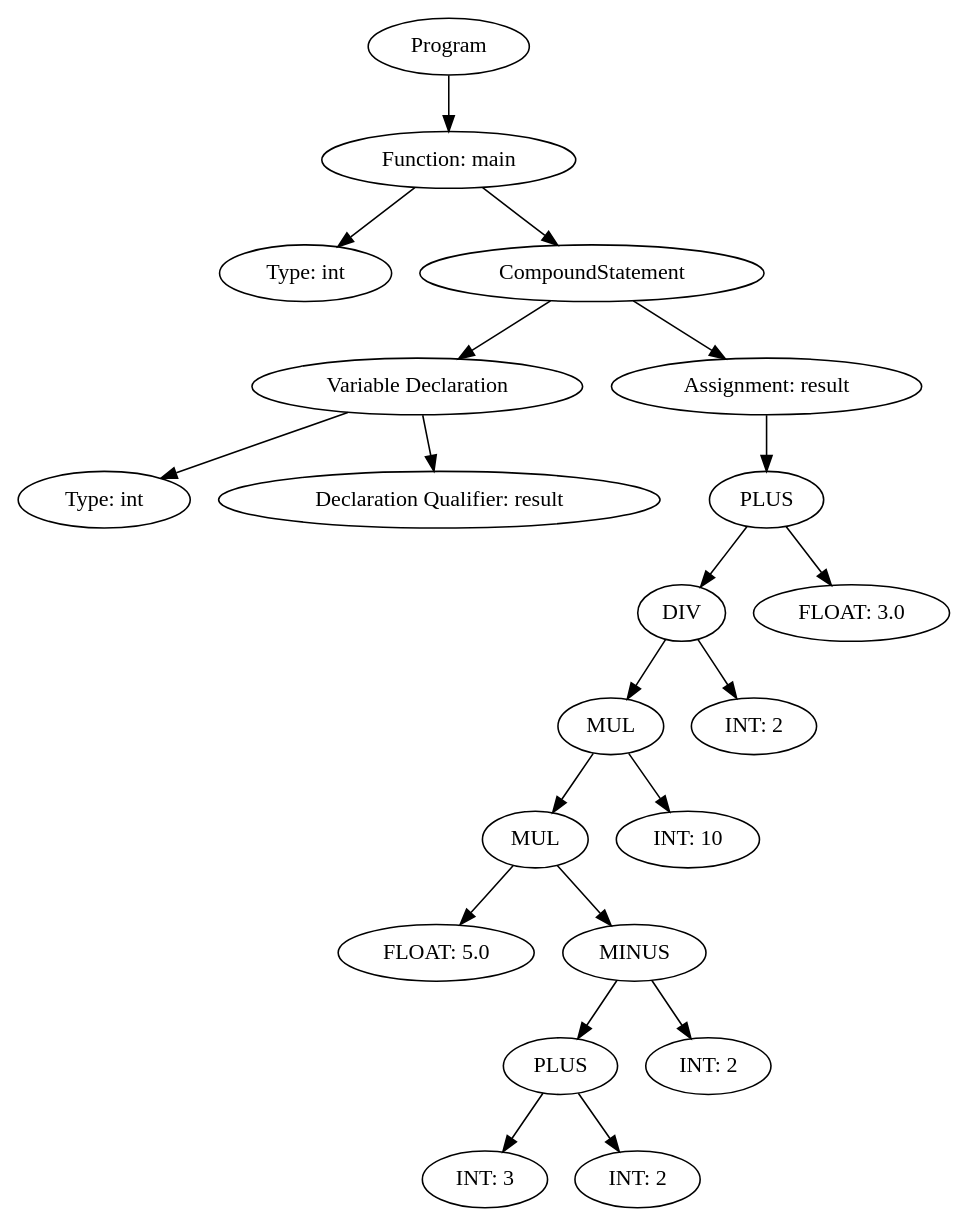
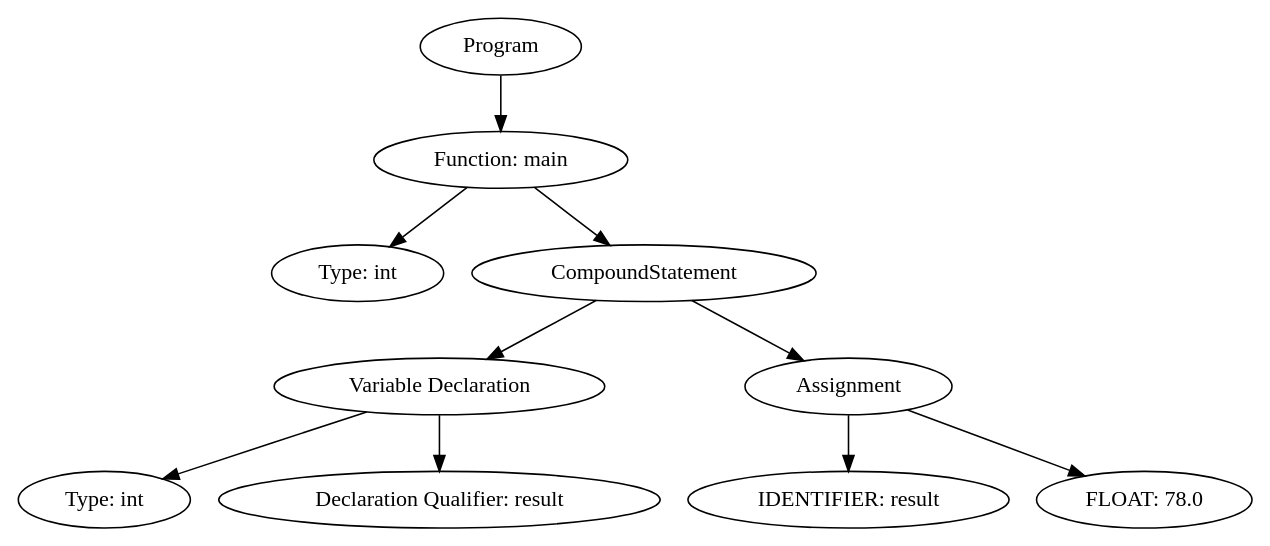
One commit to ArneDePeuter/UA-2024-Compiler changed the diagram in output/folding_test_AST.dot. Above: the diagram before and after it, drawn with Graphviz. The commit also changed 9 other files, not shown here.

```diff
--- a/output/folding_test_AST.dot
+++ b/output/folding_test_AST.dot
@@ -1,43 +1,21 @@
 digraph ExpressionGraph {
-4551146384 [label="Program"];
-4551146384 -> 4551146128;
-4551146128 [label="Function: main"];
-4551146128 -> 4551146576;
-4551146576 [label="Type: int "];
-4551146128 -> 4551146320;
-4551146320 [label="CompoundStatement"];
-4551146320 -> 4551037392;
-4551037392 [label="Variable Declaration"];
-4551037392 -> 4550902288;
-4550902288 [label="Type: int "];
-4551037392 -> 4551037712;
-4551037712 [label="Declaration Qualifier: result"];
-4551146320 -> 4551146704;
-4551146704 [label="Assignment: result"];
-4551146704 -> 4551146640;
-4551146640 [label="PLUS"];
-4551146640 -> 4551144272;
-4551146640 -> 4551146000;
-4551144272 [label="DIV"];
-4551144272 -> 4551145424;
-4551144272 -> 4551146448;
-4551145424 [label="MUL"];
-4551145424 -> 4551145552;
-4551145424 -> 4551145488;
-4551145552 [label="MUL"];
-4551145552 -> 4551145936;
-4551145552 -> 4551145616;
-4551145936 [label="FLOAT: 5.0"];
-4551145616 [label="MINUS"];
-4551145616 -> 4551145744;
-4551145616 -> 4551145680;
-4551145744 [label="PLUS"];
-4551145744 -> 4551145872;
-4551145744 -> 4551145808;
-4551145872 [label="INT: 3"];
-4551145808 [label="INT: 2"];
-4551145680 [label="INT: 2"];
-4551145488 [label="INT: 10"];
-4551146448 [label="INT: 2"];
-4551146000 [label="FLOAT: 3.0"];
+4551541648 [label="Program"];
+4551541648 -> 4551541712;
+4551541712 [label="Function: main"];
+4551541712 -> 4551541776;
+4551541776 [label="Type: int "];
+4551541712 -> 4551541456;
+4551541456 [label="CompoundStatement"];
+4551541456 -> 4551458192;
+4551458192 [label="Variable Declaration"];
+4551458192 -> 4551347408;
+4551347408 [label="Type: int "];
+4551458192 -> 4551347280;
+4551347280 [label="Declaration Qualifier: result"];
+4551541456 -> 4551541520;
+4551541520 [label="Assignment"];
+4551541520 -> 4547395152;
+4547395152 [label="IDENTIFIER: result"];
+4551541520 -> 4545810704;
+4545810704 [label="FLOAT: 78.0"];
 }
```
